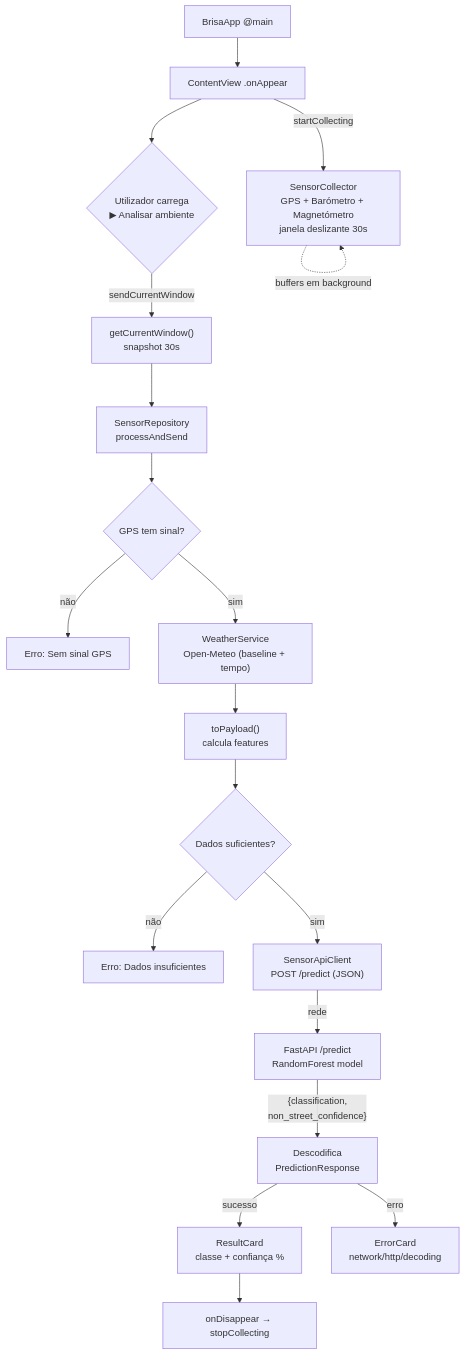
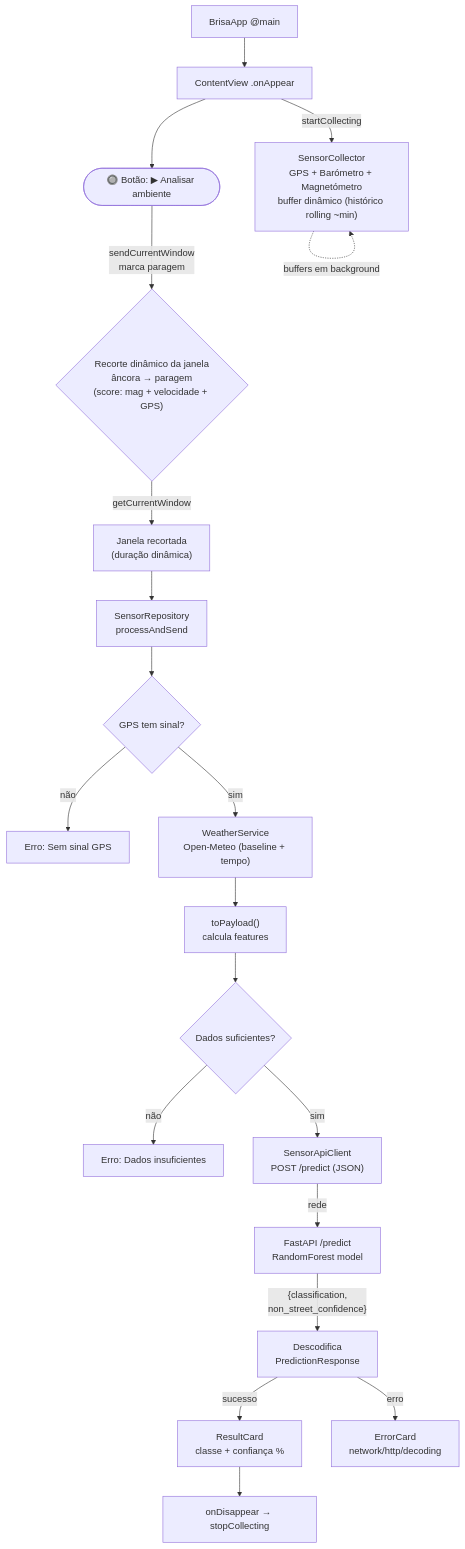
Before and after one commit to jose5556/Brisa_Hackathon: the diagram in app/IOS/FLUXO.md, drawn with Mermaid. The commit also changed other lines of this file, not shown here.

````diff
--- a/app/IOS/FLUXO.md
+++ b/app/IOS/FLUXO.md
@@ -81,21 +92,22 @@
 ```mermaid
 flowchart TD
     A["BrisaApp @main"] --> B["ContentView .onAppear"]
-    B -->|startCollecting| C["SensorCollector\nGPS + Barómetro + Magnetómetro\njanela deslizante 30s"]
+    B -->|startCollecting| C["SensorCollector\nGPS + Barómetro + Magnetómetro\nbuffer dinâmico (histórico rolling ~min)"]
     C -.->|buffers em background| C
-    B --> D{"Utilizador carrega\n▶ Analisar ambiente"}
-    D -->|sendCurrentWindow| E["getCurrentWindow()\nsnapshot 30s"]
+    B --> BTN(["🔘 Botão: ▶ Analisar ambiente"])
+    BTN -->|sendCurrentWindow\nmarca paragem| D{"Recorte dinâmico da janela\nâncora → paragem\n(score: mag + velocidade + GPS)"}
+    D -->|getCurrentWindow| E["Janela recortada\n(duração dinâmica)"]
     E --> F["SensorRepository\nprocessAndSend"]
     F --> G{"GPS tem sinal?"}
     G -->|não| ERR1["Erro: Sem sinal GPS"]
     G -->|sim| H["WeatherService\nOpen-Meteo (baseline + tempo)"]
     H --> I["toPayload()\ncalcula features"]
     I --> J{"Dados suficientes?"}
     J -->|não| ERR2["Erro: Dados insuficientes"]
     J -->|sim| K["SensorApiClient\nPOST /predict (JSON)"]
     K -->|rede| L["FastAPI /predict\nRandomForest model"]
     L -->|"{classification,\nnon_street_confidence}"| M["Descodifica\nPredictionResponse"]
     M -->|sucesso| N["ResultCard\nclasse + confiança %"]
     M -->|erro| ERR3["ErrorCard\nnetwork/http/decoding"]
     N --> O["onDisappear → stopCollecting"]
 ```
````
